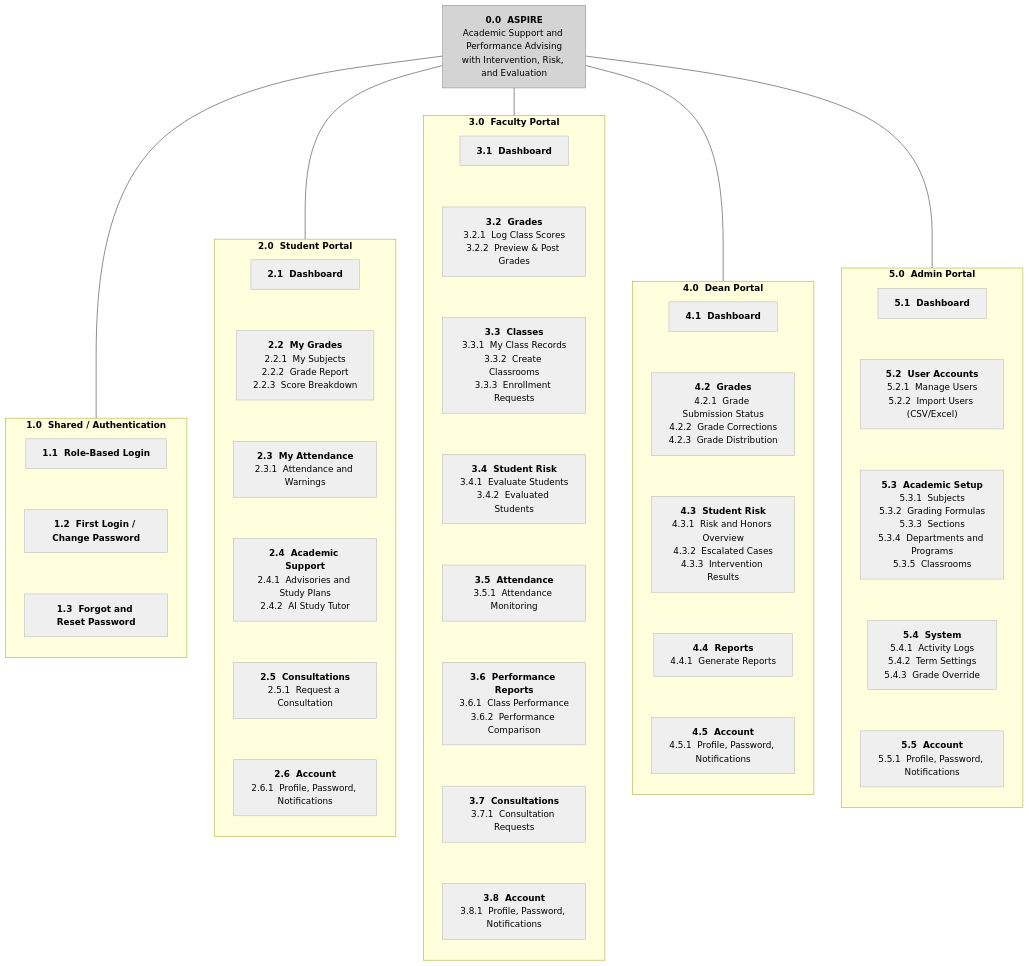
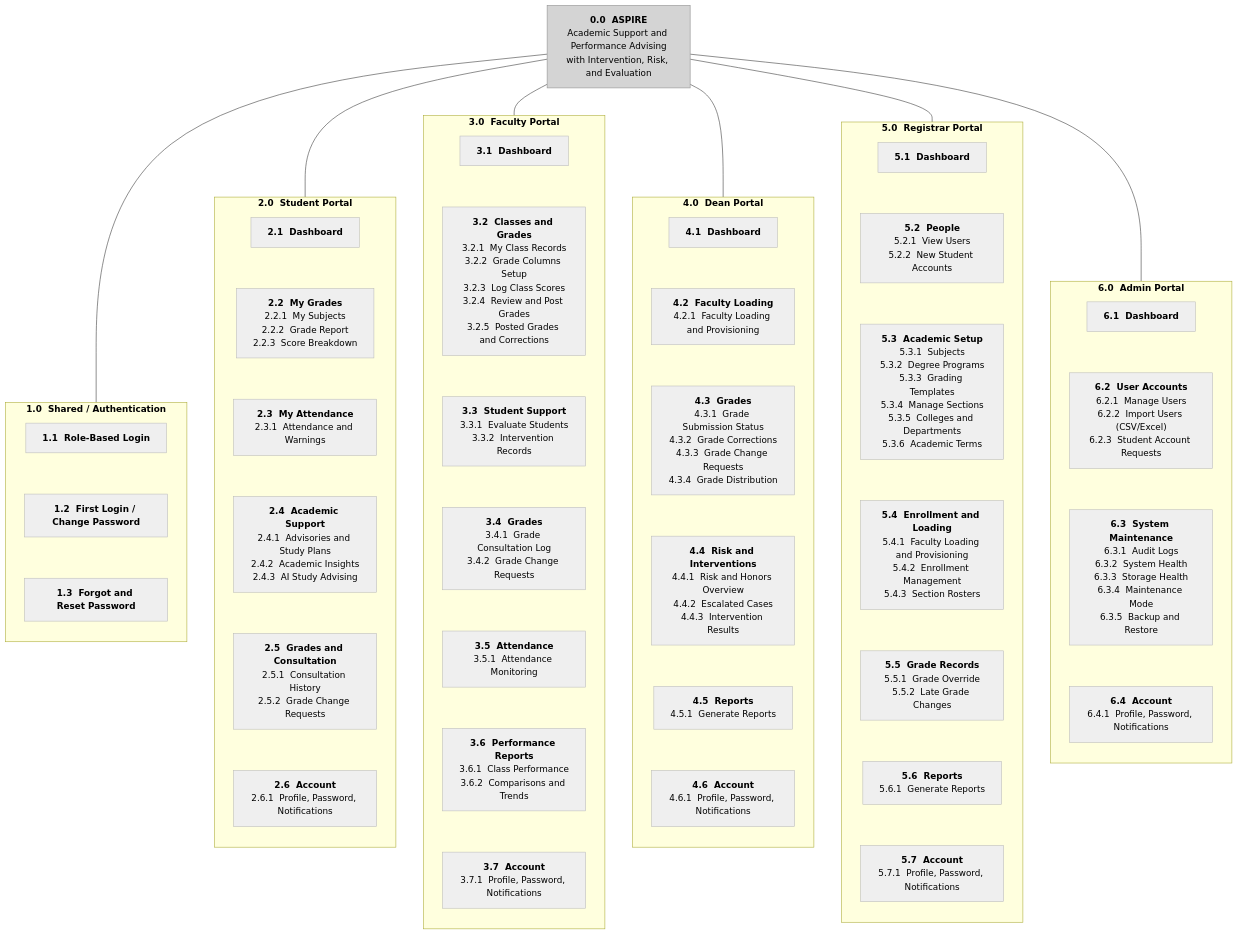
One commit to kurarensu16/sage changed the diagram in docs/02-thesis/figures/Figure-2.12-VTOC.mmd. Above: the diagram before and after it, drawn with Mermaid. The commit also changed 268 other files, not shown here.

First line of the commit message:
feat: QA pass A fixes, intervention evidence, and Dean acknowledgement of overrides

```diff
--- a/docs/02-thesis/figures/Figure-2.12-VTOC.mmd
+++ b/docs/02-thesis/figures/Figure-2.12-VTOC.mmd
@@ -1,72 +1,91 @@
 flowchart TB
-%% ===== Figure 2.12 — ASPIRE Visual Table of Contents (VTOC) — updated 2026-10-10 =====
-%% Labels follow the live sidebar: AI Study Tutor, Preview & Post Grades, My Class Records,
-%% Evaluate / Evaluated Students, Performance Reports, Import Users (CSV/Excel),
-%% Sections and Departments & Programs as separate screens.
+%% ===== Figure 2.12 — ASPIRE Visual Table of Contents (VTOC) — updated 2026-10-30 =====
+%% Rebuilt from PORTAL_NAVIGATION in src/components/layout/Sidebar.jsx, so the hierarchy below
+%% is the hierarchy the sidebar renders. Changes against the 2026-10-10 version:
+%%   + 5.0 Registrar Portal, with the eight modules that moved out of Admin
+%%   + Grade Change Requests in the Student, Faculty, Dean and Registrar portals
+%%   + Academic Insights as a module of its own, beside AI Study Advising
+%%   + Faculty Loading & Provisioning in the Dean and Registrar portals
+%%   + Admin system maintenance: System Health, Storage Health, Maintenance Mode, Backup
+%%   - Create Classrooms, Enrollment Requests (join-code enrolment retired)
+%%   - Consultations as a request flow; now Consultation History / Grade Consultation Log
+%%   AI Study Tutor renamed AI Study Advising
 
   ROOT["<b>0.0&nbsp;&nbsp;ASPIRE</b><br/>Academic Support and Performance Advising<br/>with Intervention, Risk, and Evaluation"]
 
   ROOT --- A
   ROOT --- S
   ROOT --- F
   ROOT --- D
+  ROOT --- R
   ROOT --- M
 
   subgraph A["<b>1.0&nbsp;&nbsp;Shared / Authentication</b>"]
     direction TB
     A1["<b>1.1&nbsp;&nbsp;Role-Based Login</b>"]
     A2["<b>1.2&nbsp;&nbsp;First Login / Change Password</b>"]
     A3["<b>1.3&nbsp;&nbsp;Forgot and Reset Password</b>"]
     A1 ~~~ A2 ~~~ A3
   end
 
   subgraph S["<b>2.0&nbsp;&nbsp;Student Portal</b>"]
     direction TB
     S1["<b>2.1&nbsp;&nbsp;Dashboard</b>"]
     S2["<b>2.2&nbsp;&nbsp;My Grades</b><br/>2.2.1&nbsp; My Subjects<br/>2.2.2&nbsp; Grade Report<br/>2.2.3&nbsp; Score Breakdown"]
     S3["<b>2.3&nbsp;&nbsp;My Attendance</b><br/>2.3.1&nbsp; Attendance and Warnings"]
-    S4["<b>2.4&nbsp;&nbsp;Academic Support</b><br/>2.4.1&nbsp; Advisories and Study Plans<br/>2.4.2&nbsp; AI Study Tutor"]
-    S5["<b>2.5&nbsp;&nbsp;Consultations</b><br/>2.5.1&nbsp; Request a Consultation"]
+    S4["<b>2.4&nbsp;&nbsp;Academic Support</b><br/>2.4.1&nbsp; Advisories and Study Plans<br/>2.4.2&nbsp; Academic Insights<br/>2.4.3&nbsp; AI Study Advising"]
+    S5["<b>2.5&nbsp;&nbsp;Grades and Consultation</b><br/>2.5.1&nbsp; Consultation History<br/>2.5.2&nbsp; Grade Change Requests"]
     S6["<b>2.6&nbsp;&nbsp;Account</b><br/>2.6.1&nbsp; Profile, Password, Notifications"]
     S1 ~~~ S2 ~~~ S3 ~~~ S4 ~~~ S5 ~~~ S6
   end
 
   subgraph F["<b>3.0&nbsp;&nbsp;Faculty Portal</b>"]
     direction TB
     F1["<b>3.1&nbsp;&nbsp;Dashboard</b>"]
-    F2["<b>3.2&nbsp;&nbsp;Grades</b><br/>3.2.1&nbsp; Log Class Scores<br/>3.2.2&nbsp; Preview & Post Grades"]
-    F3["<b>3.3&nbsp;&nbsp;Classes</b><br/>3.3.1&nbsp; My Class Records<br/>3.3.2&nbsp; Create Classrooms<br/>3.3.3&nbsp; Enrollment Requests"]
-    F4["<b>3.4&nbsp;&nbsp;Student Risk</b><br/>3.4.1&nbsp; Evaluate Students<br/>3.4.2&nbsp; Evaluated Students"]
+    F2["<b>3.2&nbsp;&nbsp;Classes and Grades</b><br/>3.2.1&nbsp; My Class Records<br/>3.2.2&nbsp; Grade Columns Setup<br/>3.2.3&nbsp; Log Class Scores<br/>3.2.4&nbsp; Review and Post Grades<br/>3.2.5&nbsp; Posted Grades and Corrections"]
+    F3["<b>3.3&nbsp;&nbsp;Student Support</b><br/>3.3.1&nbsp; Evaluate Students<br/>3.3.2&nbsp; Intervention Records"]
+    F4["<b>3.4&nbsp;&nbsp;Grades</b><br/>3.4.1&nbsp; Grade Consultation Log<br/>3.4.2&nbsp; Grade Change Requests"]
     F5["<b>3.5&nbsp;&nbsp;Attendance</b><br/>3.5.1&nbsp; Attendance Monitoring"]
-    F6["<b>3.6&nbsp;&nbsp;Performance Reports</b><br/>3.6.1&nbsp; Class Performance<br/>3.6.2&nbsp; Performance Comparison"]
-    F7["<b>3.7&nbsp;&nbsp;Consultations</b><br/>3.7.1&nbsp; Consultation Requests"]
-    F8["<b>3.8&nbsp;&nbsp;Account</b><br/>3.8.1&nbsp; Profile, Password, Notifications"]
-    F1 ~~~ F2 ~~~ F3 ~~~ F4 ~~~ F5 ~~~ F6 ~~~ F7 ~~~ F8
+    F6["<b>3.6&nbsp;&nbsp;Performance Reports</b><br/>3.6.1&nbsp; Class Performance<br/>3.6.2&nbsp; Comparisons and Trends"]
+    F7["<b>3.7&nbsp;&nbsp;Account</b><br/>3.7.1&nbsp; Profile, Password, Notifications"]
+    F1 ~~~ F2 ~~~ F3 ~~~ F4 ~~~ F5 ~~~ F6 ~~~ F7
   end
 
   subgraph D["<b>4.0&nbsp;&nbsp;Dean Portal</b>"]
     direction TB
     D1["<b>4.1&nbsp;&nbsp;Dashboard</b>"]
-    D2["<b>4.2&nbsp;&nbsp;Grades</b><br/>4.2.1&nbsp; Grade Submission Status<br/>4.2.2&nbsp; Grade Corrections<br/>4.2.3&nbsp; Grade Distribution"]
-    D3["<b>4.3&nbsp;&nbsp;Student Risk</b><br/>4.3.1&nbsp; Risk and Honors Overview<br/>4.3.2&nbsp; Escalated Cases<br/>4.3.3&nbsp; Intervention Results"]
-    D4["<b>4.4&nbsp;&nbsp;Reports</b><br/>4.4.1&nbsp; Generate Reports"]
-    D5["<b>4.5&nbsp;&nbsp;Account</b><br/>4.5.1&nbsp; Profile, Password, Notifications"]
-    D1 ~~~ D2 ~~~ D3 ~~~ D4 ~~~ D5
+    D2["<b>4.2&nbsp;&nbsp;Faculty Loading</b><br/>4.2.1&nbsp; Faculty Loading and Provisioning"]
+    D3["<b>4.3&nbsp;&nbsp;Grades</b><br/>4.3.1&nbsp; Grade Submission Status<br/>4.3.2&nbsp; Grade Corrections<br/>4.3.3&nbsp; Grade Change Requests<br/>4.3.4&nbsp; Grade Distribution"]
+    D4["<b>4.4&nbsp;&nbsp;Risk and Interventions</b><br/>4.4.1&nbsp; Risk and Honors Overview<br/>4.4.2&nbsp; Escalated Cases<br/>4.4.3&nbsp; Intervention Results"]
+    D5["<b>4.5&nbsp;&nbsp;Reports</b><br/>4.5.1&nbsp; Generate Reports"]
+    D6["<b>4.6&nbsp;&nbsp;Account</b><br/>4.6.1&nbsp; Profile, Password, Notifications"]
+    D1 ~~~ D2 ~~~ D3 ~~~ D4 ~~~ D5 ~~~ D6
   end
 
-  subgraph M["<b>5.0&nbsp;&nbsp;Admin Portal</b>"]
+  subgraph R["<b>5.0&nbsp;&nbsp;Registrar Portal</b>"]
     direction TB
-    M1["<b>5.1&nbsp;&nbsp;Dashboard</b>"]
-    M2["<b>5.2&nbsp;&nbsp;User Accounts</b><br/>5.2.1&nbsp; Manage Users<br/>5.2.2&nbsp; Import Users (CSV/Excel)"]
-    M3["<b>5.3&nbsp;&nbsp;Academic Setup</b><br/>5.3.1&nbsp; Subjects<br/>5.3.2&nbsp; Grading Formulas<br/>5.3.3&nbsp; Sections<br/>5.3.4&nbsp; Departments and Programs<br/>5.3.5&nbsp; Classrooms"]
-    M4["<b>5.4&nbsp;&nbsp;System</b><br/>5.4.1&nbsp; Activity Logs<br/>5.4.2&nbsp; Term Settings<br/>5.4.3&nbsp; Grade Override"]
-    M5["<b>5.5&nbsp;&nbsp;Account</b><br/>5.5.1&nbsp; Profile, Password, Notifications"]
-    M1 ~~~ M2 ~~~ M3 ~~~ M4 ~~~ M5
+    R1["<b>5.1&nbsp;&nbsp;Dashboard</b>"]
+    R2["<b>5.2&nbsp;&nbsp;People</b><br/>5.2.1&nbsp; View Users<br/>5.2.2&nbsp; New Student Accounts"]
+    R3["<b>5.3&nbsp;&nbsp;Academic Setup</b><br/>5.3.1&nbsp; Subjects<br/>5.3.2&nbsp; Degree Programs<br/>5.3.3&nbsp; Grading Templates<br/>5.3.4&nbsp; Manage Sections<br/>5.3.5&nbsp; Colleges and Departments<br/>5.3.6&nbsp; Academic Terms"]
+    R4["<b>5.4&nbsp;&nbsp;Enrollment and Loading</b><br/>5.4.1&nbsp; Faculty Loading and Provisioning<br/>5.4.2&nbsp; Enrollment Management<br/>5.4.3&nbsp; Section Rosters"]
+    R5["<b>5.5&nbsp;&nbsp;Grade Records</b><br/>5.5.1&nbsp; Grade Override<br/>5.5.2&nbsp; Late Grade Changes"]
+    R6["<b>5.6&nbsp;&nbsp;Reports</b><br/>5.6.1&nbsp; Generate Reports"]
+    R7["<b>5.7&nbsp;&nbsp;Account</b><br/>5.7.1&nbsp; Profile, Password, Notifications"]
+    R1 ~~~ R2 ~~~ R3 ~~~ R4 ~~~ R5 ~~~ R6 ~~~ R7
+  end
+
+  subgraph M["<b>6.0&nbsp;&nbsp;Admin Portal</b>"]
+    direction TB
+    M1["<b>6.1&nbsp;&nbsp;Dashboard</b>"]
+    M2["<b>6.2&nbsp;&nbsp;User Accounts</b><br/>6.2.1&nbsp; Manage Users<br/>6.2.2&nbsp; Import Users (CSV/Excel)<br/>6.2.3&nbsp; Student Account Requests"]
+    M3["<b>6.3&nbsp;&nbsp;System Maintenance</b><br/>6.3.1&nbsp; Audit Logs<br/>6.3.2&nbsp; System Health<br/>6.3.3&nbsp; Storage Health<br/>6.3.4&nbsp; Maintenance Mode<br/>6.3.5&nbsp; Backup and Restore"]
+    M4["<b>6.4&nbsp;&nbsp;Account</b><br/>6.4.1&nbsp; Profile, Password, Notifications"]
+    M1 ~~~ M2 ~~~ M3 ~~~ M4
   end
 
   %% ================= STYLING =================
   classDef root   fill:#D4D4D4,stroke:#9A9A9A,stroke-width:1.2px,color:#000000;
   classDef module fill:#EFEFEF,stroke:#BBBBBB,stroke-width:1px,color:#000000;
 
   class ROOT root;
-  class A1,A2,A3,S1,S2,S3,S4,S5,S6,F1,F2,F3,F4,F5,F6,F7,F8,D1,D2,D3,D4,D5,M1,M2,M3,M4,M5 module;
+  class A1,A2,A3,S1,S2,S3,S4,S5,S6,F1,F2,F3,F4,F5,F6,F7,D1,D2,D3,D4,D5,D6,R1,R2,R3,R4,R5,R6,R7,M1,M2,M3,M4 module;
```
